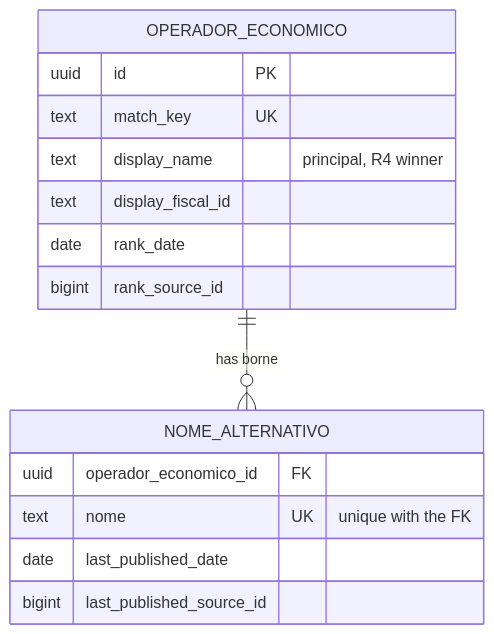
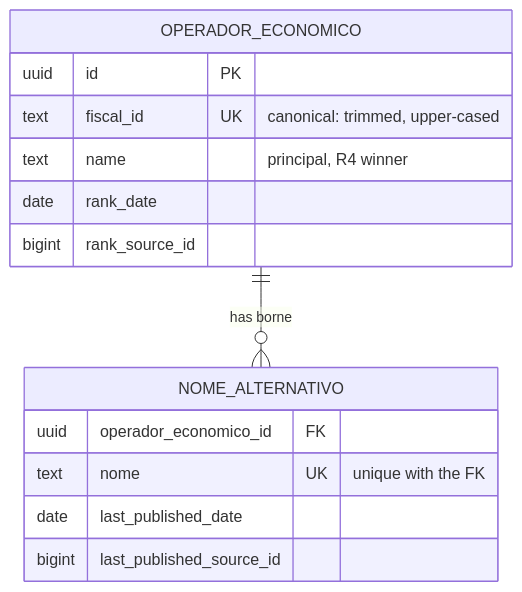
The third of 3 diagrams in docs/features/FEAT-0010-operadores-economicos-base/README.md (earelin/conxugal), drawn with Mermaid before and after one commit. The commit also changed other lines of this file and 10 other files, not shown here.

````diff
--- a/docs/features/FEAT-0010-operadores-economicos-base/README.md
+++ b/docs/features/FEAT-0010-operadores-economicos-base/README.md
@@ -190,18 +191,17 @@
 ```mermaid
 erDiagram
     OPERADOR_ECONOMICO ||--o{ NOME_ALTERNATIVO : "has borne"
     OPERADOR_ECONOMICO {
         uuid id PK
-        text match_key UK
-        text display_name "principal, R4 winner"
-        text display_fiscal_id
+        text fiscal_id UK "canonical: trimmed, upper-cased"
+        text name "principal, R4 winner"
         date rank_date
         bigint rank_source_id
     }
     NOME_ALTERNATIVO {
         uuid operador_economico_id FK
         text nome UK "unique with the FK"
         date last_published_date
         bigint last_published_source_id
     }
 ```
````
